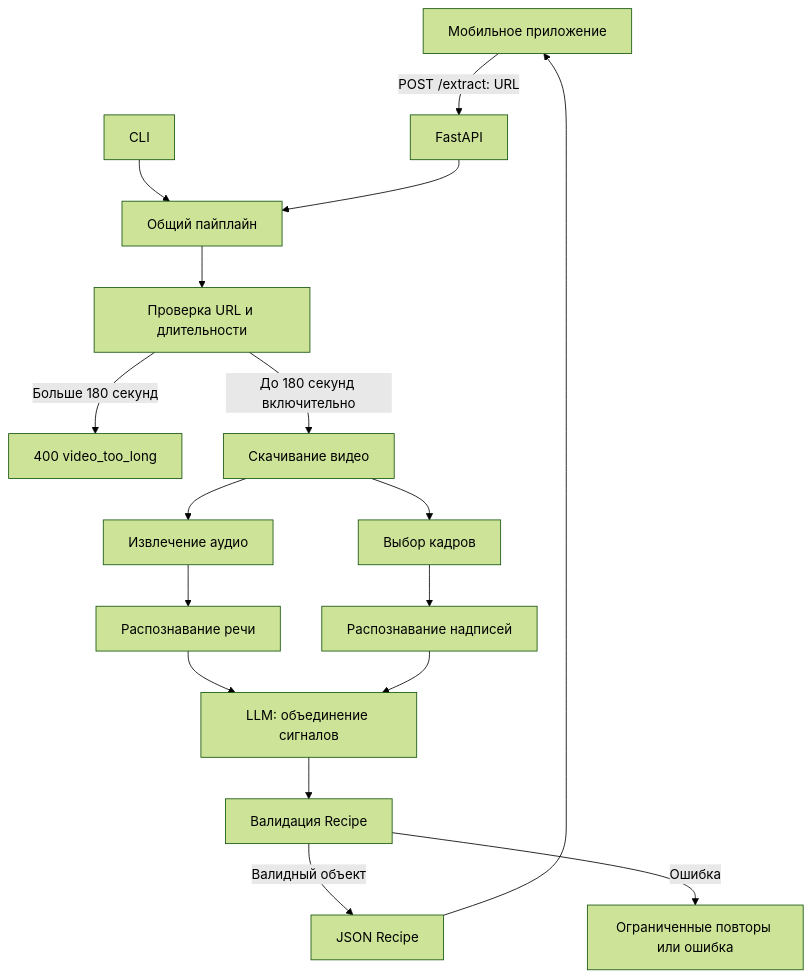
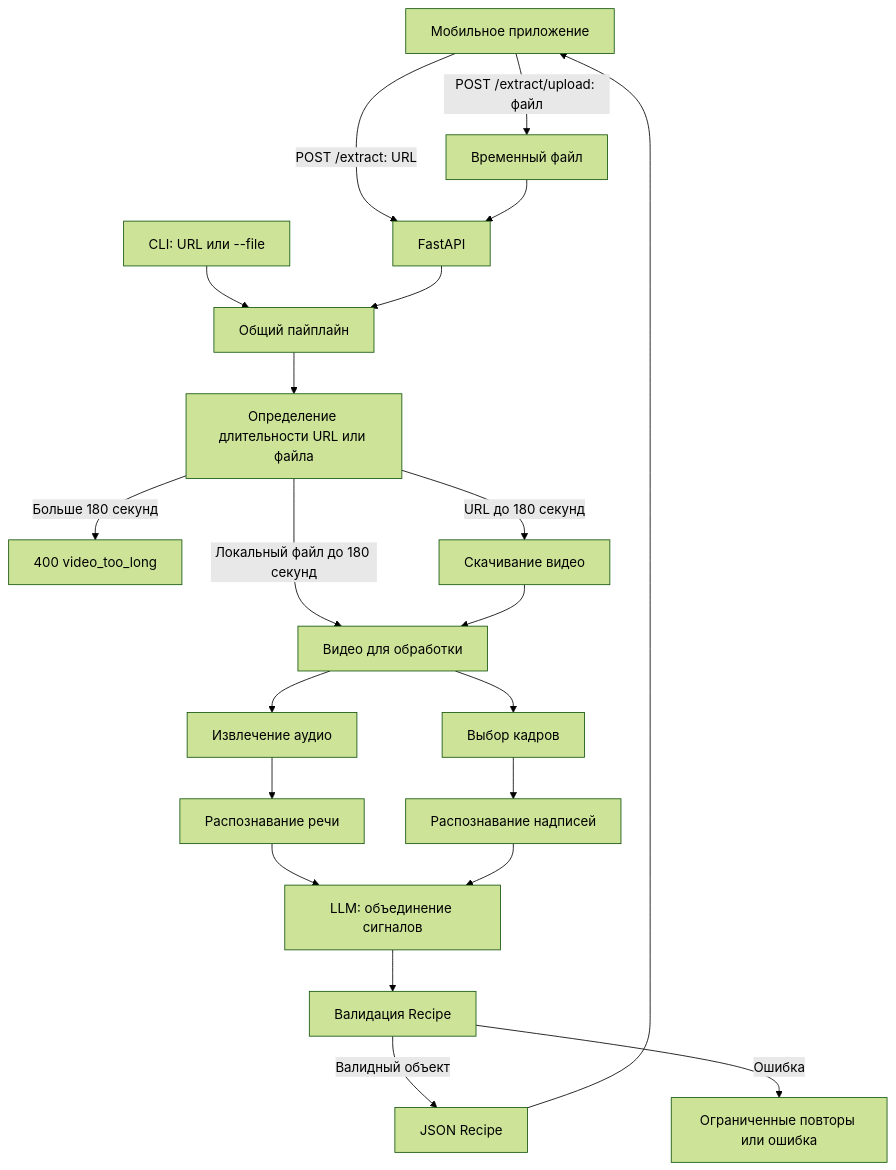
The diagram in docs/architecture.md (VictoriaPugach/recipe-video-extraction-pipeline), drawn with Mermaid (forest theme) before and after one commit. The commit also changed other lines of this file and 18 other files, not shown here.

````diff
--- a/docs/architecture.md
+++ b/docs/architecture.md
@@ -9,19 +9,23 @@
 ```mermaid
 flowchart TD
     Mobile[Мобильное приложение] -->|POST /extract: URL| API[FastAPI]
-    CLI[CLI] --> Pipeline[Общий пайплайн]
+    Mobile -->|POST /extract/upload: файл| Upload[Временный файл]
+    Upload --> API
+    CLI[CLI: URL или --file] --> Pipeline[Общий пайплайн]
     API --> Pipeline
-    Pipeline --> Probe[Проверка URL и длительности]
+    Pipeline --> Probe[Определение длительности URL или файла]
     Probe -->|Больше 180 секунд| Error[400 video_too_long]
-    Probe -->|До 180 секунд включительно| Download[Скачивание видео]
-    Download --> Audio[Извлечение аудио]
-    Download --> Frames[Выбор кадров]
+    Probe -->|URL до 180 секунд| Download[Скачивание видео]
+    Probe -->|Локальный файл до 180 секунд| Video[Видео для обработки]
+    Download --> Video
+    Video --> Audio[Извлечение аудио]
+    Video --> Frames[Выбор кадров]
     Audio --> STT[Распознавание речи]
     Frames --> OCR[Распознавание надписей]
     STT --> Fusion[LLM: объединение сигналов]
     OCR --> Fusion
     Fusion --> Validation[Валидация Recipe]
     Validation -->|Валидный объект| Output[JSON Recipe]
     Validation -->|Ошибка| Retry[Ограниченные повторы или ошибка]
     Output --> Mobile
 ```
````
